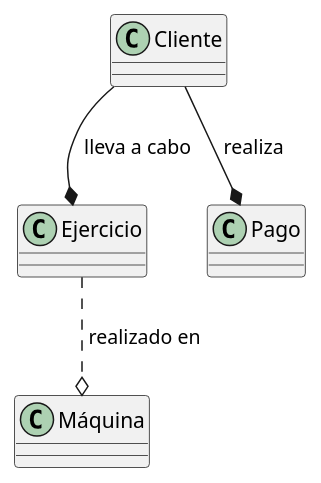
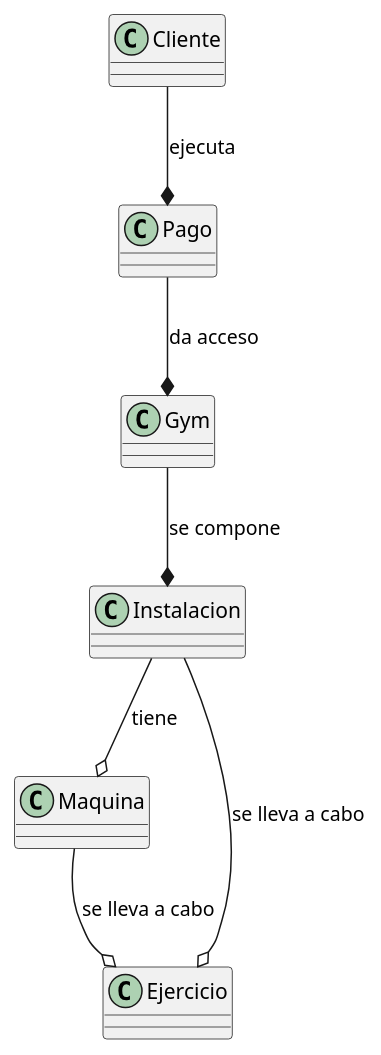
One commit to josueMerino/TFG-Docs changed the diagram in gimnasio/modeloDeDominio.plantuml. Above: the diagram before and after it, drawn with PlantUML. The commit also changed 1 other file, not shown here.

Commit message:
Cambios de mejora para los diagramas del gimnasio

```diff
--- a/gimnasio/modeloDeDominio.plantuml
+++ b/gimnasio/modeloDeDominio.plantuml
@@ -1,12 +1,19 @@
 @startuml
 
-class Máquina
+class Gym
 class Cliente
-class Ejercicio
+class Pago
+class Instalacion
+class Maquina
+class Ejercicio 
 
-Cliente --* Ejercicio : " lleva a cabo"
-Cliente --* Pago : " realiza"
-Ejercicio ..o Máquina : " realizado en"
+Cliente --* Pago : "ejecuta"
+Pago --* Gym : "da acceso"
+Gym --* Instalacion : "se compone"
 
 
+Instalacion --o Ejercicio : "se lleva a cabo"
+Instalacion --o Maquina : "tiene"
+Maquina --o Ejercicio : "se lleva a cabo"
+
 @enduml
```
